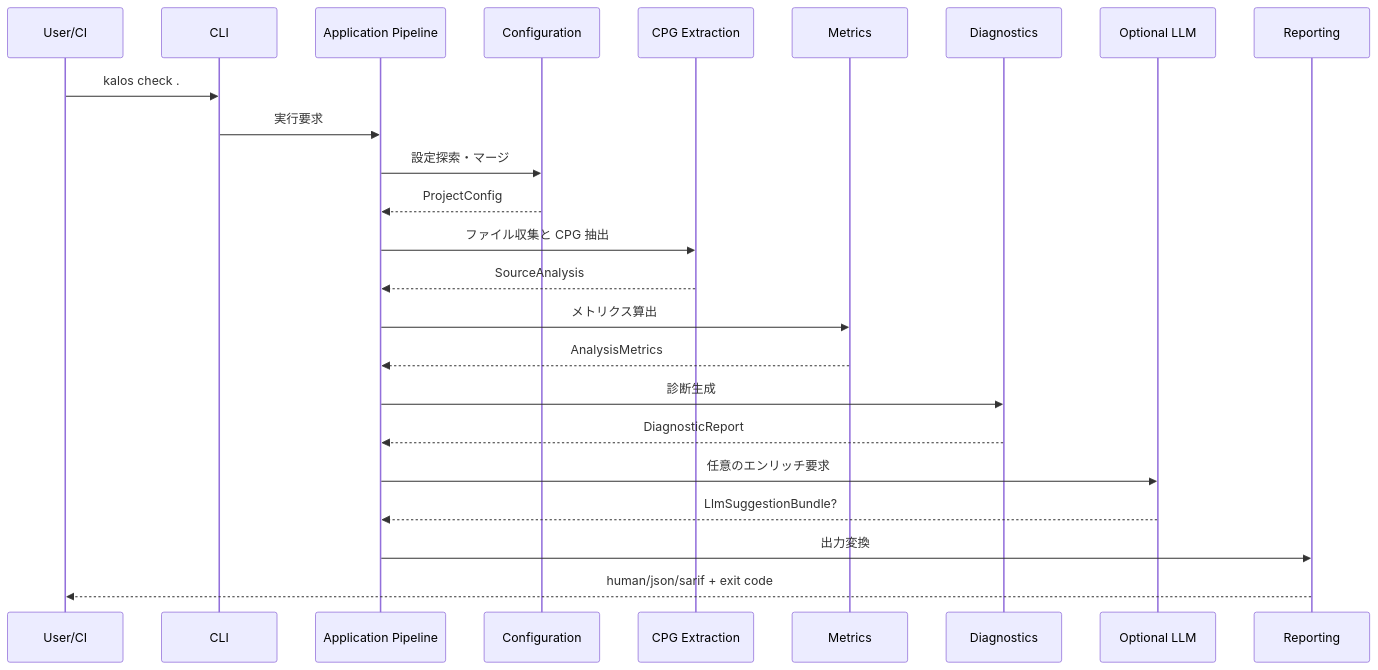
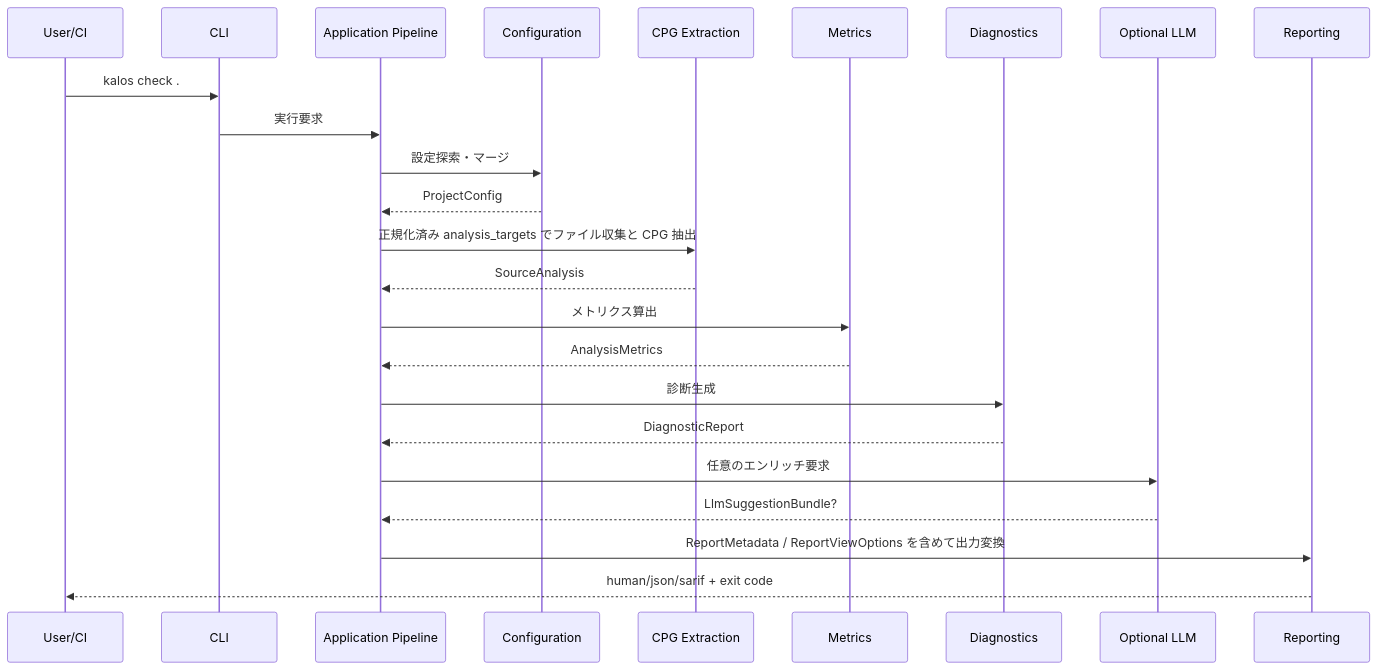
Before and after one commit to RK0429/kalos: the third of 4 diagrams in docs/architecture.md, drawn with Mermaid. The commit also changed other lines of this file and 4 other files, not shown here.

Commit message:
chore: Update architecture, domain model, and requirements documentation to version 0.2.5, synchronizing input file references, enhancing external symbol resolution processes, and clarifying reporting metadata and view options to align with recent design decisions

````diff
--- a/docs/architecture.md
+++ b/docs/architecture.md
@@ -252,27 +260,27 @@
 ```mermaid
 sequenceDiagram
     participant U as User/CI
     participant CLI as CLI
     participant APP as Application Pipeline
     participant CFG as Configuration
     participant CPG as CPG Extraction
     participant M as Metrics
     participant D as Diagnostics
     participant LLM as Optional LLM
     participant R as Reporting
 
     U->>CLI: kalos check .
     CLI->>APP: 実行要求
     APP->>CFG: 設定探索・マージ
     CFG-->>APP: ProjectConfig
-    APP->>CPG: ファイル収集と CPG 抽出
+    APP->>CPG: 正規化済み analysis_targets でファイル収集と CPG 抽出
     CPG-->>APP: SourceAnalysis
     APP->>M: メトリクス算出
     M-->>APP: AnalysisMetrics
     APP->>D: 診断生成
     D-->>APP: DiagnosticReport
     APP->>LLM: 任意のエンリッチ要求
     LLM-->>APP: LlmSuggestionBundle?
-    APP->>R: 出力変換
+    APP->>R: ReportMetadata / ReportViewOptions を含めて出力変換
     R-->>U: human/json/sarif + exit code
 ```
````
